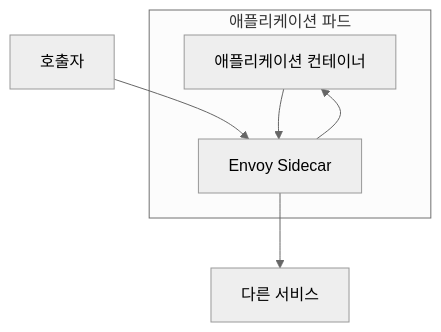
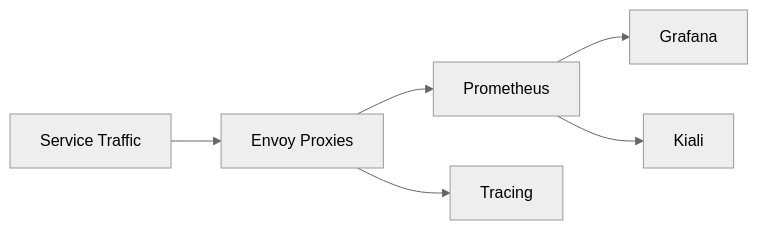
Before and after one commit to rlaehdwn0105/istio-study: the eighth of 11 diagrams in posts/week1-istio-intro.md, drawn with Mermaid (neutral theme). The commit also changed other lines of this file and 1 other file, not shown here.

````diff
--- a/posts/week1-istio-intro.md
+++ b/posts/week1-istio-intro.md
@@ -246,12 +559,8 @@
 ```mermaid
-flowchart TD
-    subgraph Pod[애플리케이션 파드]
-        App[애플리케이션 컨테이너]
-        Proxy[Envoy Sidecar]
-    end
-
-    Client[호출자] --> Proxy
-    Proxy --> App
-    App --> Proxy
-    Proxy --> Upstream[다른 서비스]
+flowchart LR
+    Traffic[Service Traffic] --> Envoy[Envoy Proxies]
+    Envoy --> Metrics[Prometheus]
+    Envoy --> Trace[Tracing]
+    Metrics --> Grafana[Grafana]
+    Metrics --> Kiali[Kiali]
 ```
````
